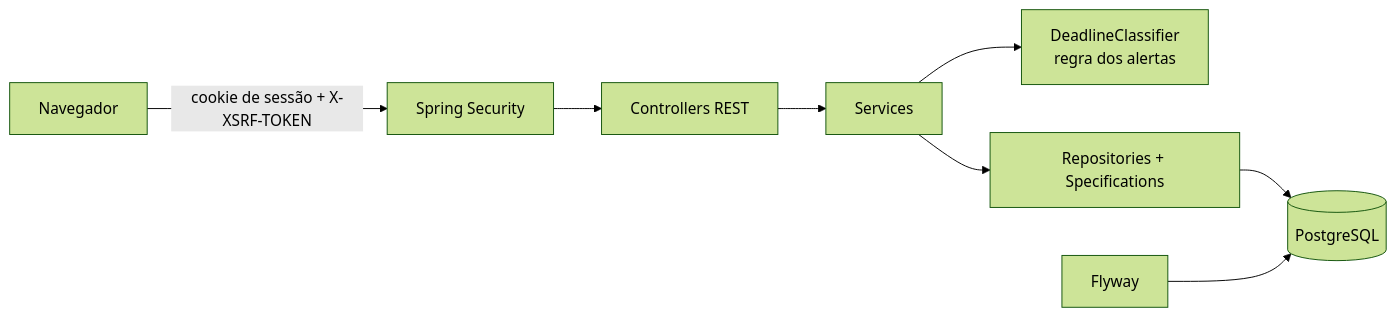
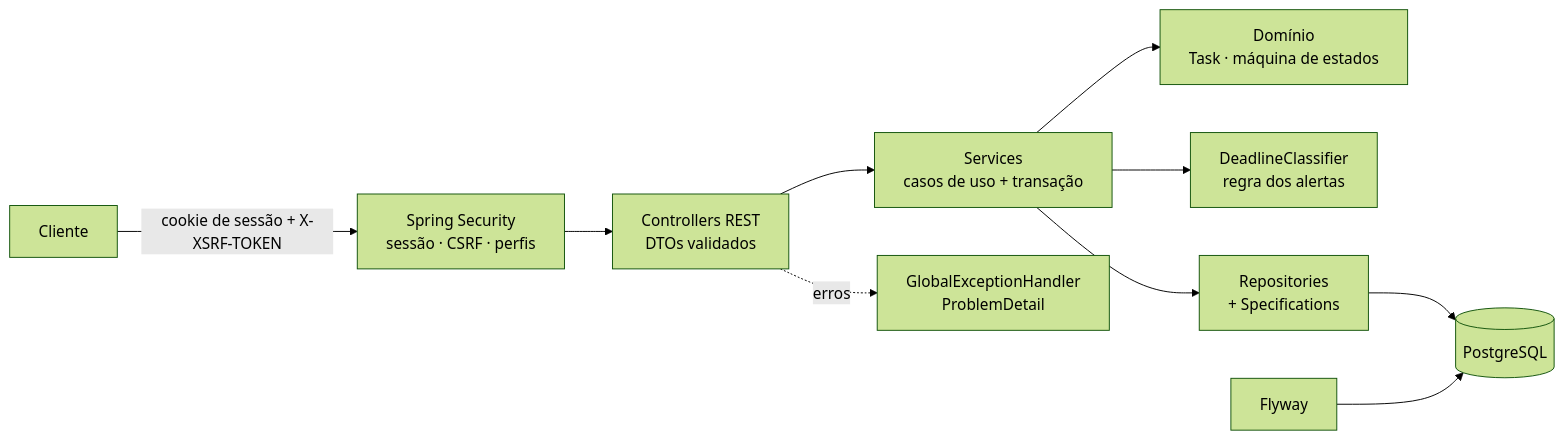
The diagram in README.md (Tutzdev/sistema-agenda-juridica), drawn with Mermaid (forest theme) before and after one commit. The commit also changed other lines of this file and 4 other files, not shown here.

````diff
--- a/README.md
+++ b/README.md
@@ -35,10 +45,12 @@
 ```mermaid
 flowchart LR
-    B[Navegador] -->|cookie de sessão + X-XSRF-TOKEN| SEC[Spring Security]
-    SEC --> CT[Controllers REST]
-    CT --> SV[Services]
+    B[Cliente] -->|cookie de sessão + X-XSRF-TOKEN| SEC[Spring Security<br/>sessão · CSRF · perfis]
+    SEC --> CT[Controllers REST<br/>DTOs validados]
+    CT --> SV[Services<br/>casos de uso + transação]
+    SV --> DOM[Domínio<br/>Task · máquina de estados]
     SV --> DC[DeadlineClassifier<br/>regra dos alertas]
-    SV --> RP[Repositories + Specifications]
+    SV --> RP[Repositories<br/>+ Specifications]
     RP --> DB[(PostgreSQL)]
     FW[Flyway] --> DB
+    CT -.erros.-> EH[GlobalExceptionHandler<br/>ProblemDetail]
 ```
````
